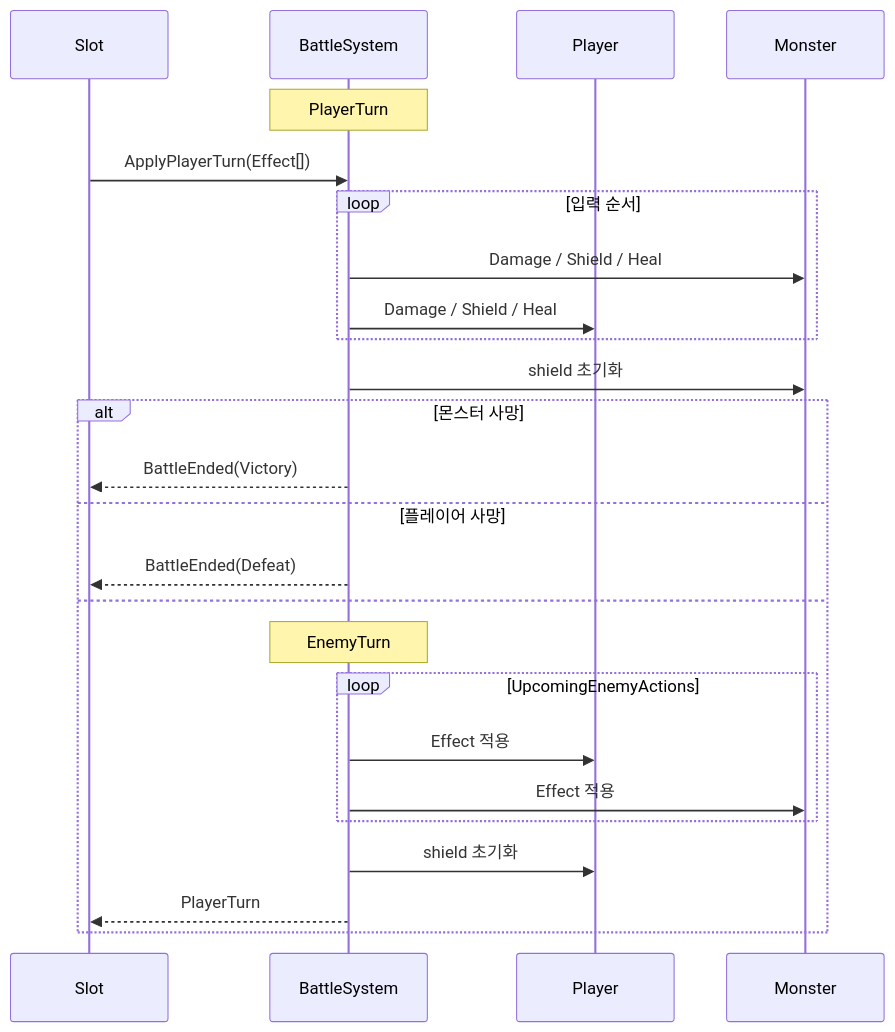
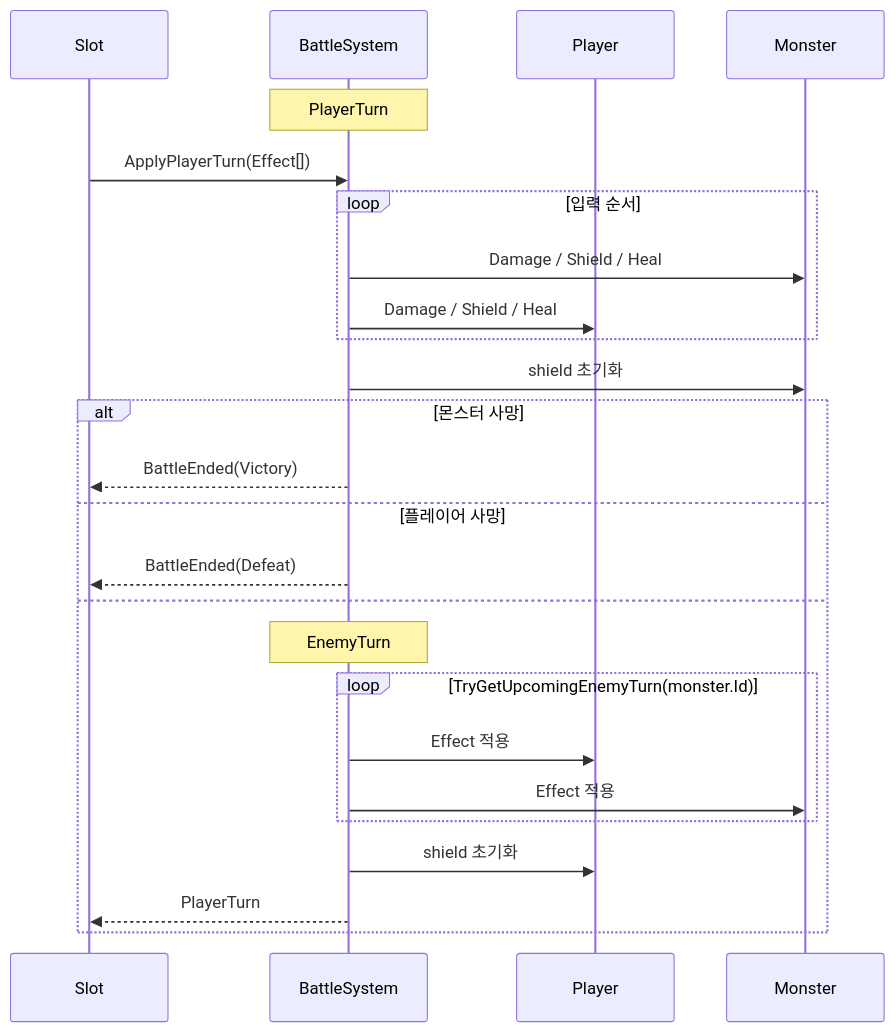
The second of 5 diagrams in docs/design-docs/combat-core.md (YooKyubin/SlotRogue), drawn with Mermaid before and after one commit. The commit also changed other lines of this file and 13 other files, not shown here.

````diff
--- a/docs/design-docs/combat-core.md
+++ b/docs/design-docs/combat-core.md
@@ -68,28 +68,28 @@
 ```mermaid
 sequenceDiagram
     participant Slot as Slot
     participant Battle as BattleSystem
     participant P as Player
     participant M as Monster
 
     Note over Battle: PlayerTurn
     Slot->>Battle: ApplyPlayerTurn(Effect[])
     loop 입력 순서
         Battle->>M: Damage / Shield / Heal
         Battle->>P: Damage / Shield / Heal
     end
     Battle->>M: shield 초기화
     alt 몬스터 사망
         Battle-->>Slot: BattleEnded(Victory)
     else 플레이어 사망
         Battle-->>Slot: BattleEnded(Defeat)
     else
         Note over Battle: EnemyTurn
-        loop UpcomingEnemyActions
+        loop TryGetUpcomingEnemyTurn(monster.Id)
             Battle->>P: Effect 적용
             Battle->>M: Effect 적용
         end
         Battle->>P: shield 초기화
         Battle-->>Slot: PlayerTurn
     end
 ```
````
